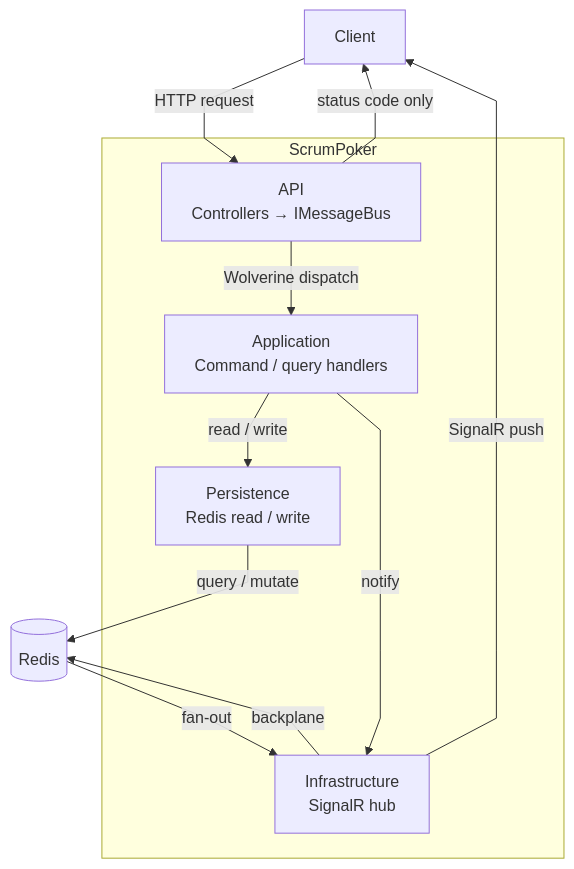
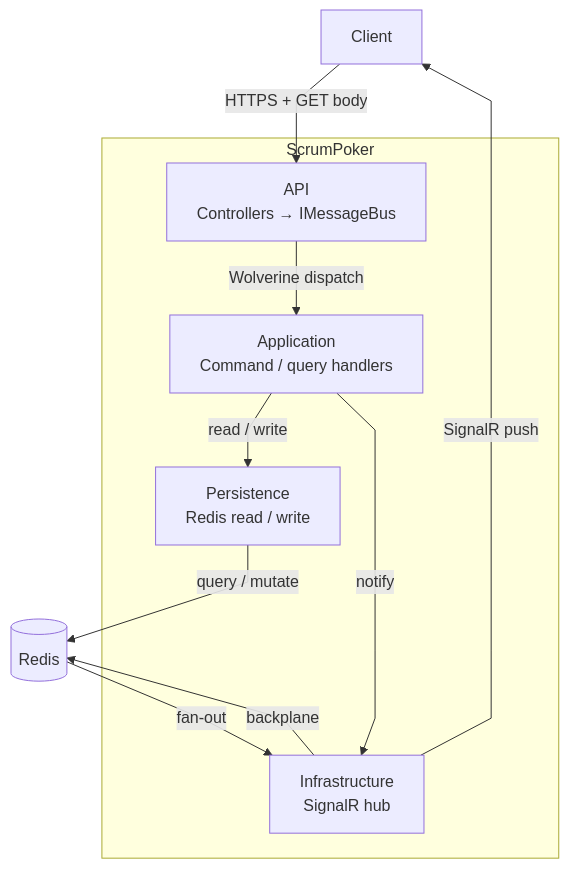
Before and after one commit to spicycoder/scrum-poker: the second of 2 diagrams in docs/design.md, drawn with Mermaid. The commit also changed other lines of this file and 34 other files, not shown here.

````diff
--- a/docs/design.md
+++ b/docs/design.md
@@ -28,25 +20,24 @@
 ```mermaid
 %%{init: {'flowchart': {'curve': 'linear'}}}%%
 flowchart TD
     Client
 
-    Client -->|HTTP request| API
-    API -->|status code only| Client
+    Client -->|HTTPS + GET body| API
 
     API -->|Wolverine dispatch| Application
 
     Application -->|read / write| Persistence
     Application -->|notify| Infrastructure
 
     Persistence -->|query / mutate| Redis[(Redis)]
     Infrastructure -->|backplane| Redis
     Redis -->|fan-out| Infrastructure
     Infrastructure -->|SignalR push| Client
 
     subgraph ScrumPoker
         API["API\nControllers → IMessageBus"]
         Application["Application\nCommand / query handlers"]
         Persistence["Persistence\nRedis read / write"]
         Infrastructure["Infrastructure\nSignalR hub"]
     end
 ```
````
